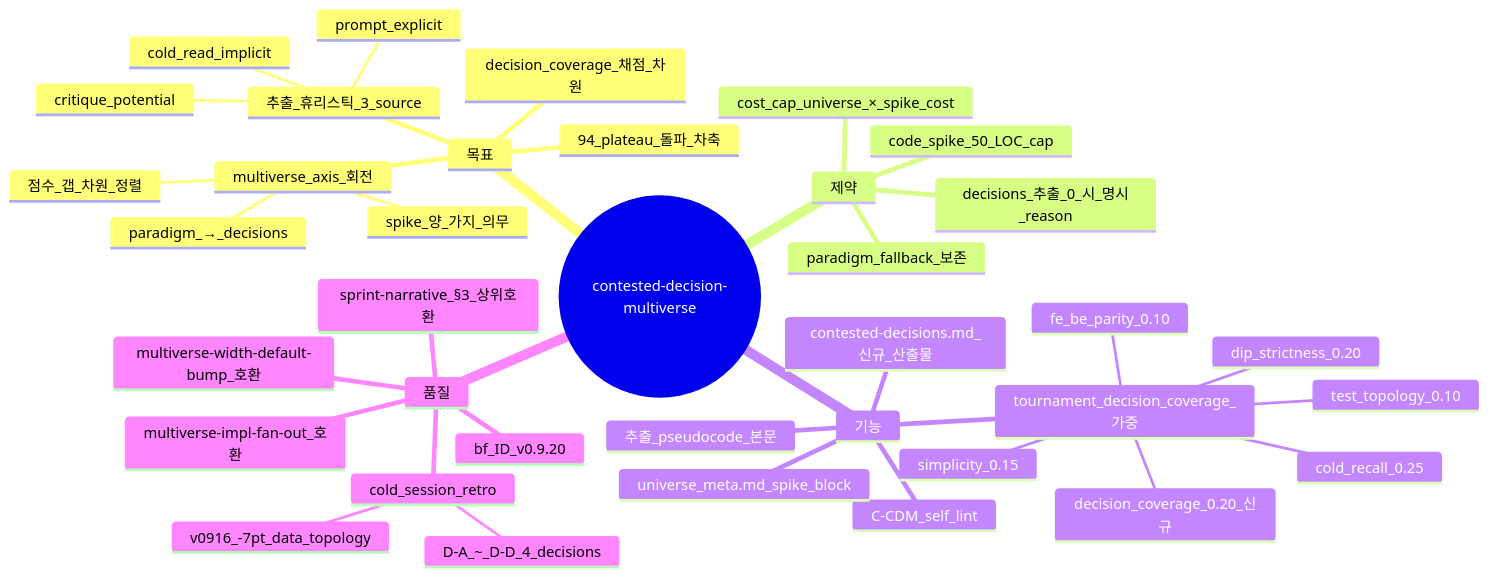
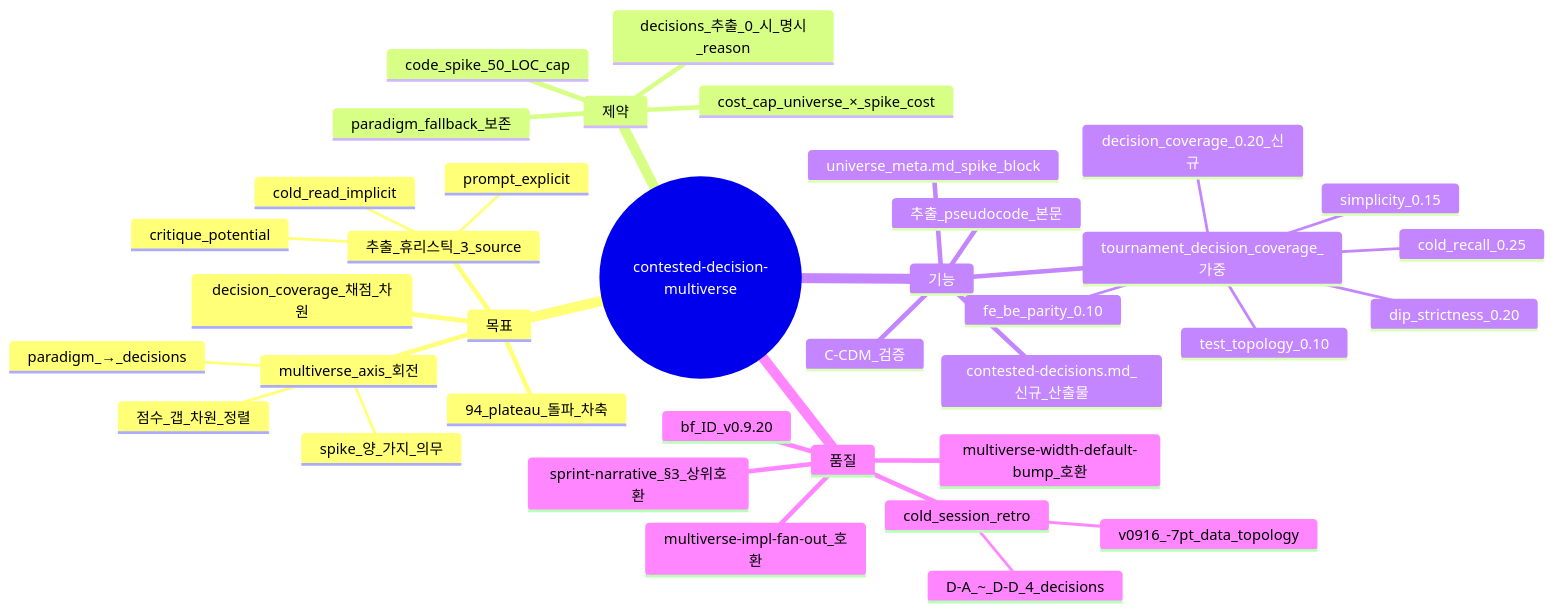
One commit to whyjp/ShipofTheseus changed the diagram in skills/theseus-harness/conventions/contested-decision-multiverse.md. Above: the diagram before and after it, drawn with Mermaid. The commit also changed other lines of this file and 43 other files, not shown here.

First line of the commit message:
refactor(b3c): 가짜 self_lint 귀속 51개 정리 — 선언≠구현(P2) 잔재 제거

````diff
--- a/skills/theseus-harness/conventions/contested-decision-multiverse.md
+++ b/skills/theseus-harness/conventions/contested-decision-multiverse.md
@@ -161,40 +161,40 @@
 ```mermaid
 mindmap
   root((contested-decision-multiverse))
     목표
       multiverse_axis_회전
         paradigm_→_decisions
         점수_갭_차원_정렬
         spike_양_가지_의무
       추출_휴리스틱_3_source
         prompt_explicit
         cold_read_implicit
         critique_potential
       decision_coverage_채점_차원
       94_plateau_돌파_차축
     제약
       paradigm_fallback_보존
       decisions_추출_0_시_명시_reason
       code_spike_50_LOC_cap
       cost_cap_universe_×_spike_cost
     기능
-      C-CDM_self_lint
+      C-CDM_검증
       contested-decisions.md_신규_산출물
       universe_meta.md_spike_block
       tournament_decision_coverage_가중
         cold_recall_0.25
         dip_strictness_0.20
         simplicity_0.15
         test_topology_0.10
         fe_be_parity_0.10
         decision_coverage_0.20_신규
       추출_pseudocode_본문
     품질
       cold_session_retro
         v0916_-7pt_data_topology
         D-A_~_D-D_4_decisions
       multiverse-width-default-bump_호환
       multiverse-impl-fan-out_호환
       sprint-narrative_§3_상위호환
       bf_ID_v0.9.20
 ```
````
